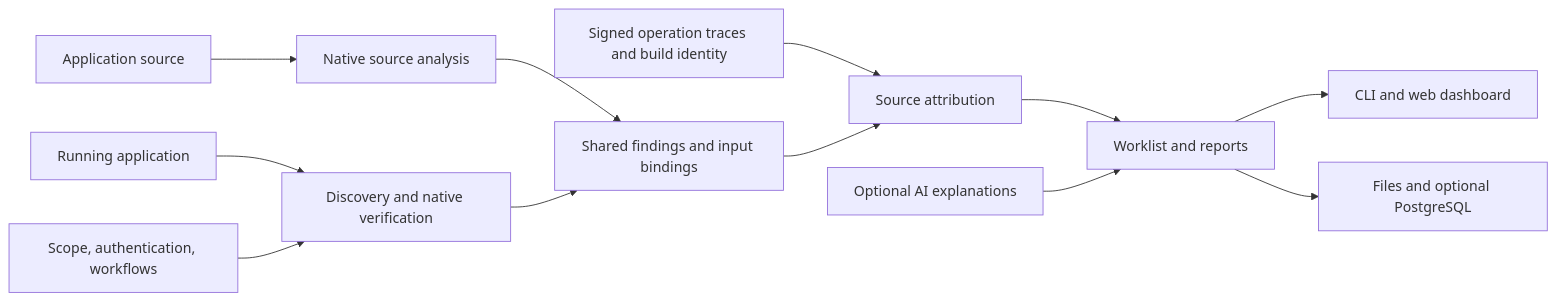
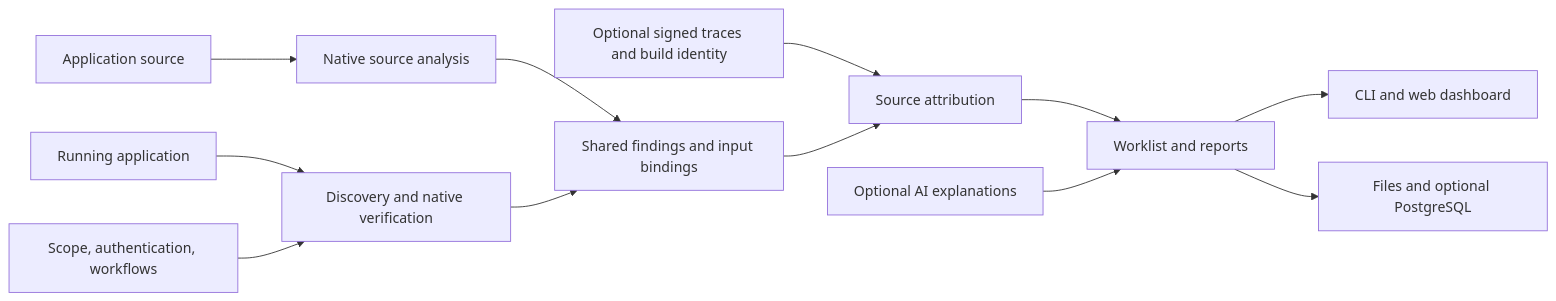
One commit to stealthwhizz/Navi changed the diagram in docs/ARCHITECTURE.md. Above: the diagram before and after it, drawn with Mermaid. The commit also changed other lines of this file and 40 other files, not shown here.

Commit message:
Align correlation and retain optional strict policy

````diff
--- a/docs/ARCHITECTURE.md
+++ b/docs/ARCHITECTURE.md
@@ -5,14 +5,14 @@
 ```mermaid
 flowchart LR
     Source[Application source] --> Static[Native source analysis]
     Target[Running application] --> Runtime[Discovery and native verification]
     Config[Scope, authentication, workflows] --> Runtime
     Static --> Model[Shared findings and input bindings]
     Runtime --> Model
-    Traces[Signed operation traces and build identity] --> Correlation
+    Traces[Optional signed traces and build identity] --> Correlation
     Model --> Correlation[Source attribution]
     Correlation --> Reports[Worklist and reports]
     AI[Optional AI explanations] --> Reports
     Reports --> UI[CLI and web dashboard]
     Reports --> Storage[Files and optional PostgreSQL]
 ```
````
